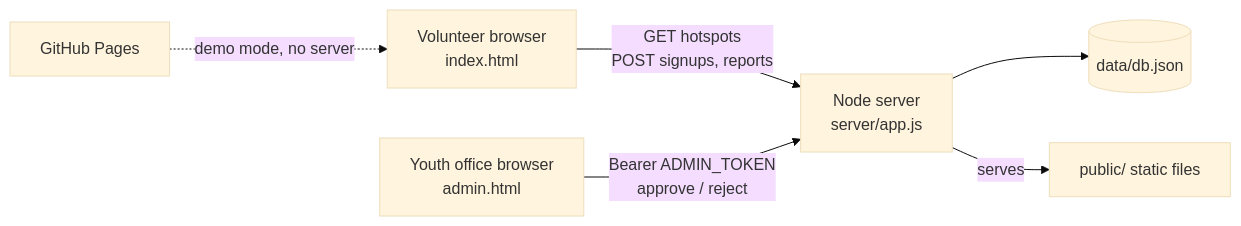
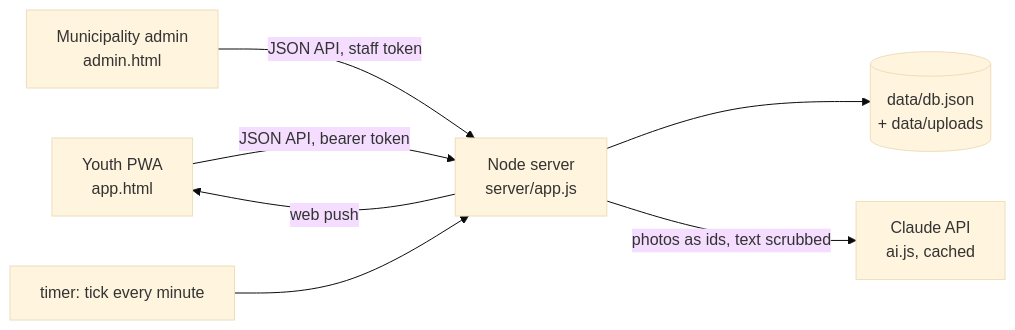
One commit to luenamullaj4-boop/AI4Society---QuadX-Youth-Engagement changed the diagram in docs/ARCHITECTURE.md. Above: the diagram before and after it, drawn with Mermaid (base theme). The commit also changed other lines of this file and 62 other files, not shown here.

````diff
--- a/docs/ARCHITECTURE.md
+++ b/docs/ARCHITECTURE.md
@@ -3,8 +3,9 @@
 ```mermaid
 flowchart LR
-  V[Volunteer browser<br/>index.html] -->|GET hotspots<br/>POST signups, reports| S
-  A[Youth office browser<br/>admin.html] -->|Bearer ADMIN_TOKEN<br/>approve / reject| S
-  S[Node server<br/>server/app.js] --> D[(data/db.json)]
-  S -->|serves| P[public/ static files]
-  G[GitHub Pages] -.->|demo mode, no server| V
+  P[Youth PWA<br/>app.html] -->|JSON API, bearer token| S
+  A[Municipality admin<br/>admin.html] -->|JSON API, staff token| S
+  S[Node server<br/>server/app.js] --> D[(data/db.json<br/>+ data/uploads)]
+  S -->|photos as ids, text scrubbed| C[Claude API<br/>ai.js, cached]
+  S -->|web push| P
+  T[timer: tick every minute] --> S
 ```
````
